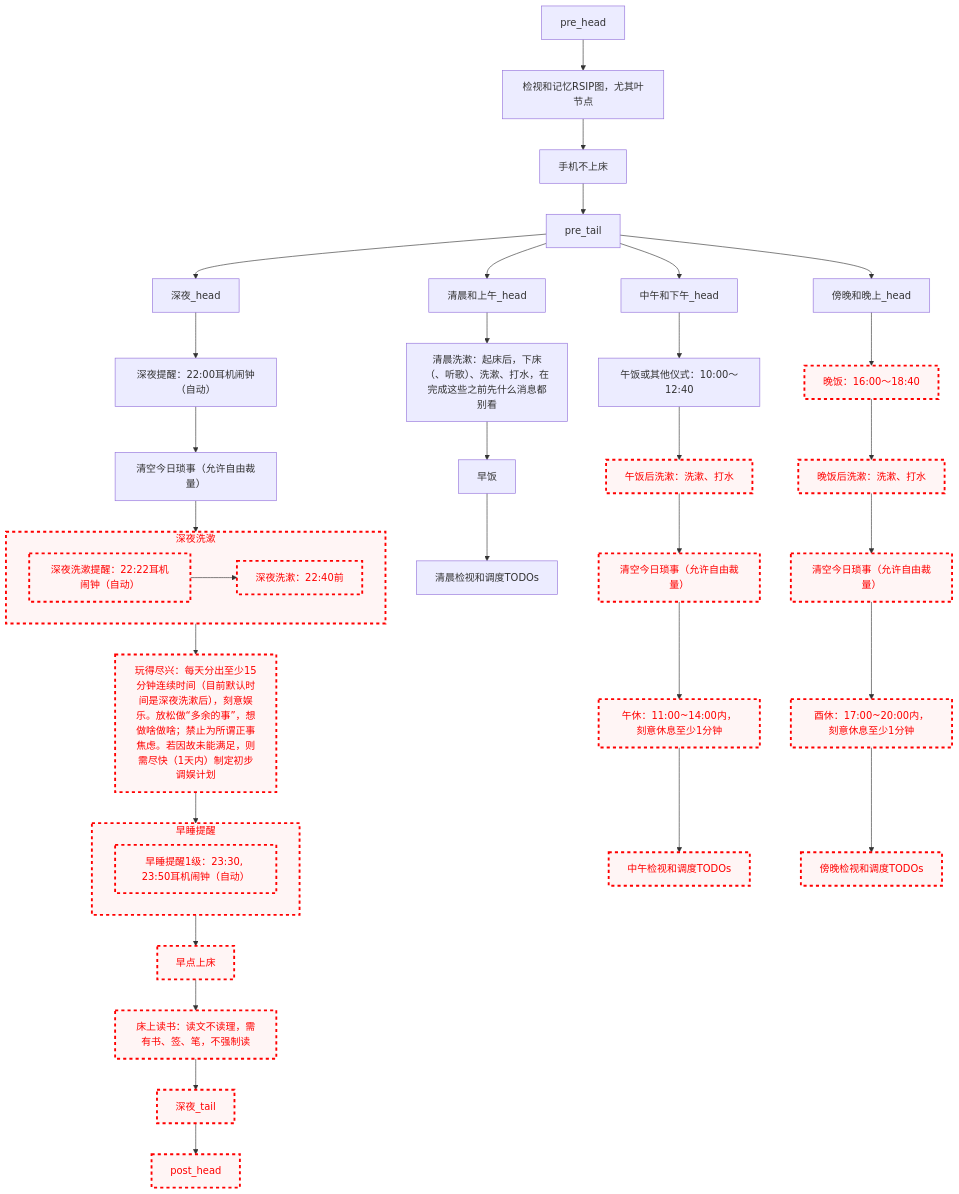
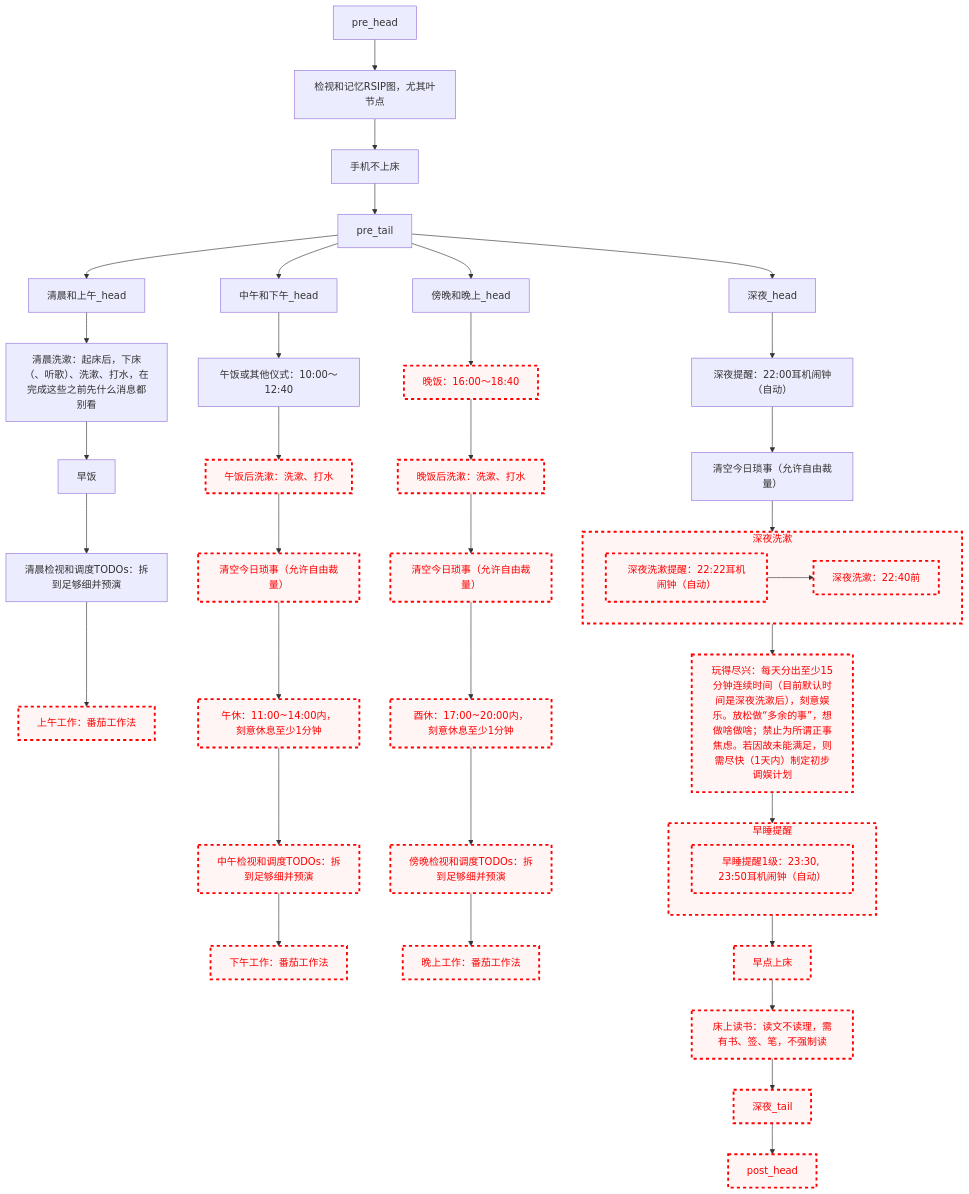
Before and after one commit to Ethkuil/RSIP-tree: the diagram in README.md, drawn with Mermaid.

Commit message:
添加工作相关

````diff
--- a/README.md
+++ b/README.md
@@ -21,73 +21,75 @@
 ```mermaid
 graph TD
 
 classDef failed stroke:#ff0000, stroke-width:3px, color:#ff0000, fill:#fff5f5, stroke-dasharray: 5
 
 pre_head --> RSIP[检视和记忆RSIP图，尤其叶节点]
 RSIP --> 手机不上床
 手机不上床 --> pre_tail
 
 
 pre_tail --> 清晨和上午_head
 清晨和上午_head --> 清晨洗漱
 清晨洗漱[清晨洗漱：起床后，下床（、听歌）、洗漱、打水，在完成这些之前先什么消息都别看]
 清晨洗漱 --> 早饭
-早饭 --> 清晨看TODO[清晨检视和调度TODOs]
-
+早饭 --> 清晨看TODO[清晨检视和调度TODOs：拆到足够细并预演]
+清晨看TODO --> 上午工作[上午工作：番茄工作法]
+class 上午工作 failed
 
 pre_tail --> 中午和下午_head
 中午和下午_head --> 午饭[午饭或其他仪式：10:00～12:40]
 午饭 --> 午饭后洗漱[午饭后洗漱：洗漱、打水]
 class 午饭后洗漱 failed
 午饭后洗漱 --> 中午今日琐事[清空今日琐事（允许自由裁量）]
 class 中午今日琐事 failed
 中午今日琐事 --> 午休[午休：11:00~14:00内，刻意休息至少1分钟]
 class 午休 failed
-午休 --> 中午看TODO[中午检视和调度TODOs]
+午休 --> 中午看TODO[中午检视和调度TODOs：拆到足够细并预演]
 class 中午看TODO failed
-
+中午看TODO --> 下午工作[下午工作：番茄工作法]
+class 下午工作 failed
 
 pre_tail --> 傍晚和晚上_head
 傍晚和晚上_head --> 晚饭[晚饭：16:00～18:40]
 class 晚饭 failed
 晚饭 --> 晚饭后洗漱[晚饭后洗漱：洗漱、打水]
 class 晚饭后洗漱 failed
 晚饭后洗漱 --> 傍晚今日琐事[清空今日琐事（允许自由裁量）]
 class 傍晚今日琐事 failed
 傍晚今日琐事 --> 酉休[酉休：17:00~20:00内，刻意休息至少1分钟]
 class 酉休 failed
-酉休 --> 傍晚看TODO[傍晚检视和调度TODOs]
+酉休 --> 傍晚看TODO[傍晚检视和调度TODOs：拆到足够细并预演]
 class 傍晚看TODO failed
-
+傍晚看TODO --> 晚上工作[晚上工作：番茄工作法]
+class 晚上工作 failed
 
 pre_tail --> 深夜_head
 深夜_head --> 深夜提醒[深夜提醒：22:00耳机闹钟（自动）]
 深夜提醒 --> 深夜今日琐事[清空今日琐事（允许自由裁量）]
 深夜今日琐事 --> 深夜洗漱
 subgraph 深夜洗漱
   深夜洗漱提醒[深夜洗漱提醒：22:22耳机闹钟（自动）]
   class 深夜洗漱提醒 failed
   深夜洗漱提醒 --> 深夜洗漱执行[深夜洗漱：22:40前]
   class 深夜洗漱执行 failed
 end
 class 深夜洗漱 failed
 深夜洗漱 --> 玩得尽兴[玩得尽兴：每天分出至少15分钟连续时间（目前默认时间是深夜洗漱后），刻意娱乐。放松做“多余的事”，想做啥做啥；禁止为所谓正事焦虑。若因故未能满足，则需尽快（1天内）制定初步调娱计划]
 class 玩得尽兴 failed
-
 玩得尽兴 --> 早睡提醒
 subgraph 早睡提醒
   早睡提醒1级[早睡提醒1级：23:30, 23:50耳机闹钟（自动）]
   class 早睡提醒1级 failed
 end
 class 早睡提醒 failed
 早睡提醒 --> 早点上床
 class 早点上床 failed
 早点上床 --> 床上读书[床上读书：读文不读理，需有书、签、笔，不强制读]
 class 床上读书 failed
 床上读书 --> 深夜_tail
 class 深夜_tail failed
 
 
 深夜_tail --> post_head
 class post_head failed
 ```
````
